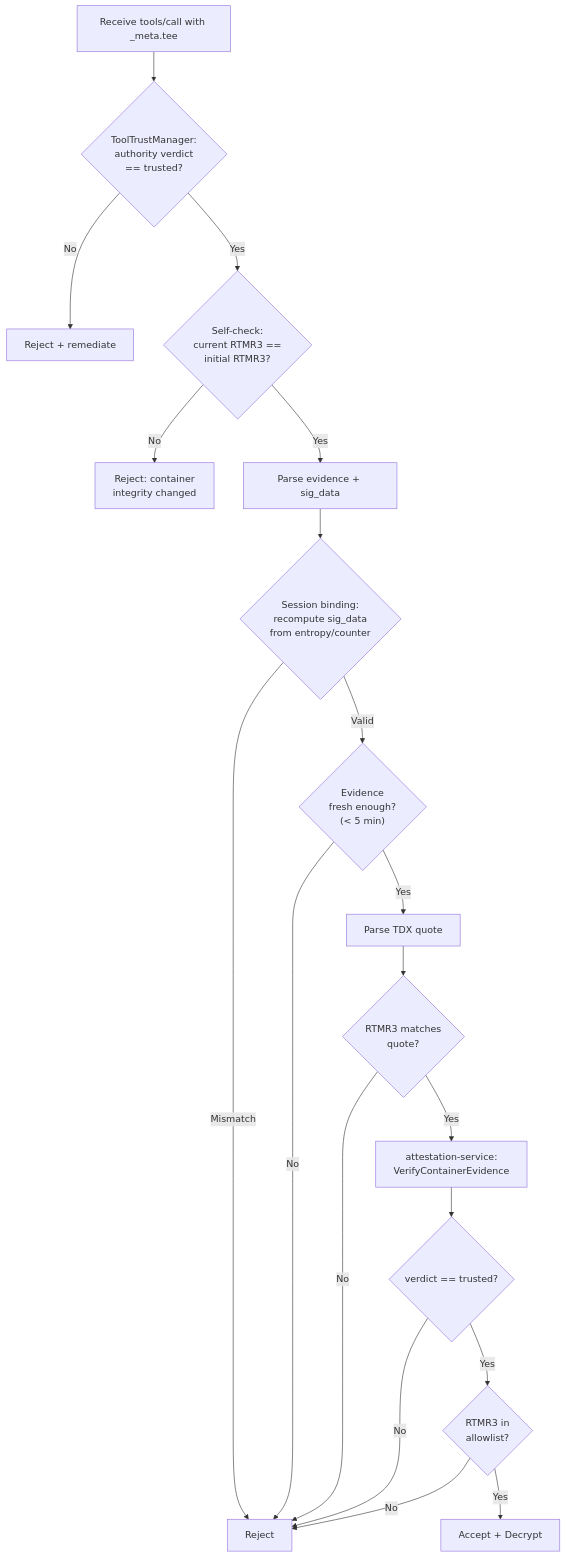
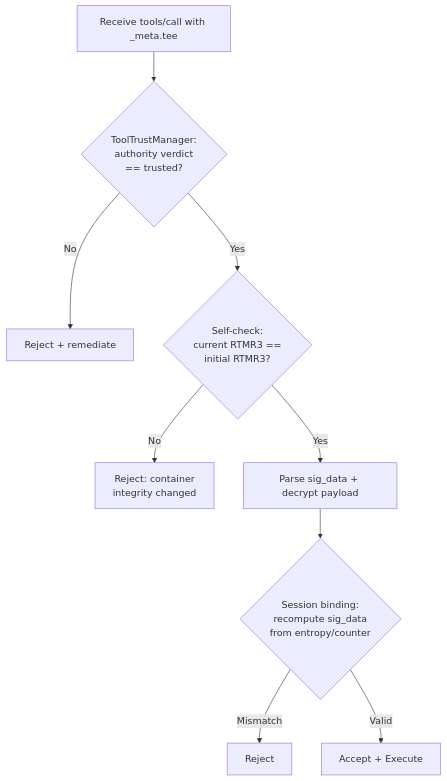
Before and after one commit to jc-su/python-sdk: the tenth of 11 diagrams in docs/TEE_MCP_PROTOCOL.md, drawn with Mermaid. The commit also changed other lines of this file and 51 other files, not shown here.

````diff
--- a/docs/TEE_MCP_PROTOCOL.md
+++ b/docs/TEE_MCP_PROTOCOL.md
@@ -809,28 +761,16 @@
 ```mermaid
 flowchart TB
     MSG["Receive tools/call with _meta.tee"]
     MSG --> TTM{"ToolTrustManager:<br/>authority verdict<br/>== trusted?"}
     TTM -->|No| REJECT_TRUST["Reject + remediate"]
     TTM -->|Yes| SELFCHECK
 
     SELFCHECK{"Self-check:<br/>current RTMR3 ==<br/>initial RTMR3?"}
     SELFCHECK -->|No| REJECT_SELF["Reject: container<br/>integrity changed"]
     SELFCHECK -->|Yes| PARSE
 
-    PARSE["Parse evidence + sig_data"]
+    PARSE["Parse sig_data + decrypt payload"]
     PARSE --> SESSION{"Session binding:<br/>recompute sig_data<br/>from entropy/counter"}
     SESSION -->|Mismatch| REJECT[Reject]
-    SESSION -->|Valid| FRESH{"Evidence<br/>fresh enough?<br/>(< 5 min)"}
-    FRESH -->|No| REJECT
-    FRESH -->|Yes| QUOTE["Parse TDX quote"]
-    QUOTE --> RTMR_BIND{"RTMR3 matches<br/>quote?"}
-    RTMR_BIND -->|No| REJECT
-    RTMR_BIND -->|Yes| ARPC["attestation-service:<br/>VerifyContainerEvidence"]
-    ARPC --> RESULT{"verdict == trusted?"}
-    RESULT -->|No| REJECT
-    RESULT -->|Yes| RTMR_CHECK
-
-    RTMR_CHECK{"RTMR3 in<br/>allowlist?"}
-    RTMR_CHECK -->|No| REJECT
-    RTMR_CHECK -->|Yes| ACCEPT["Accept + Decrypt"]
+    SESSION -->|Valid| ACCEPT["Accept + Execute"]
 ```
````
